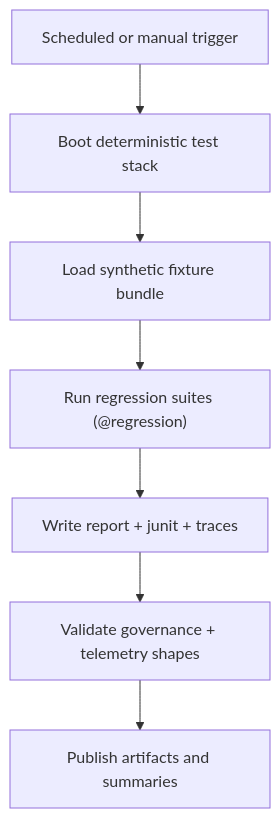
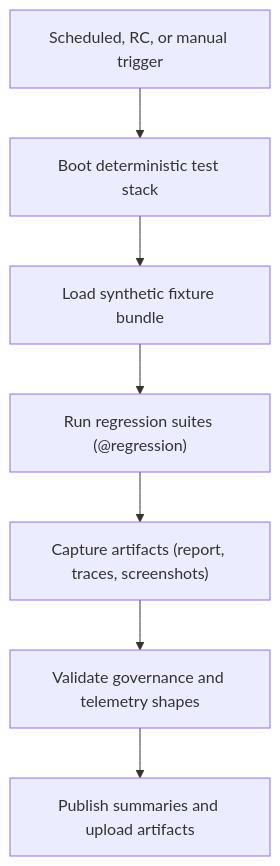
One commit to bartytime4life/Kansas-Frontier-Matrix changed the diagram in tests/e2e/web-app/regression/README.md. Above: the diagram before and after it, drawn with Mermaid. The commit also changed other lines of this file, not shown here.

```diff
--- a/tests/e2e/web-app/regression/README.md
+++ b/tests/e2e/web-app/regression/README.md
@@ -190,9 +214,9 @@
 ~~~mermaid
 flowchart TD
-  A["Scheduled or manual trigger"] --> B["Boot deterministic test stack"]
+  A["Scheduled, RC, or manual trigger"] --> B["Boot deterministic test stack"]
   B --> C["Load synthetic fixture bundle"]
   C --> D["Run regression suites (@regression)"]
-  D --> E["Write report + junit + traces"]
-  E --> F["Validate governance + telemetry shapes"]
-  F --> G["Publish artifacts and summaries"]
+  D --> E["Capture artifacts (report, traces, screenshots)"]
+  E --> F["Validate governance and telemetry shapes"]
+  F --> G["Publish summaries and upload artifacts"]
 ~~~
```
